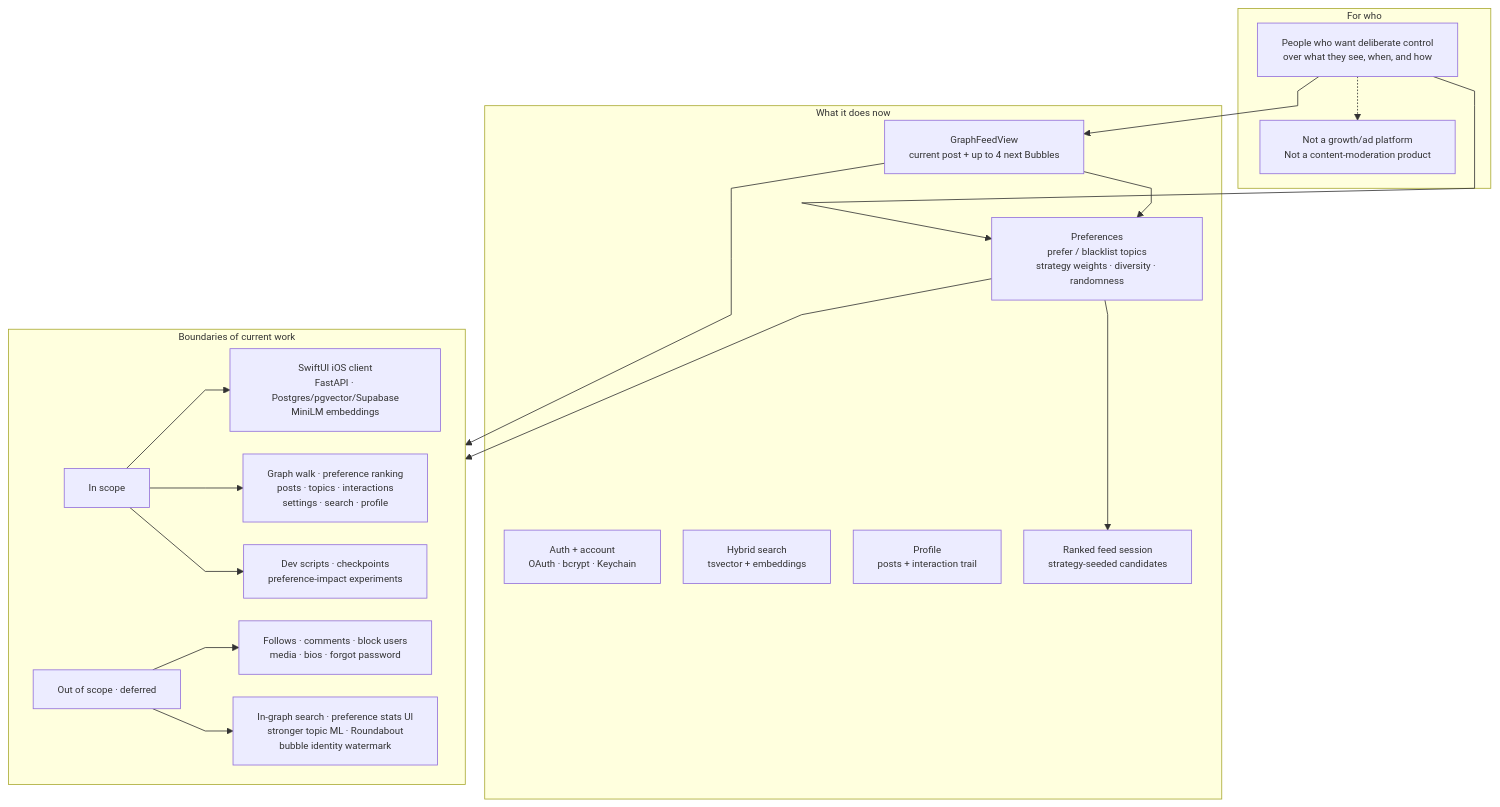
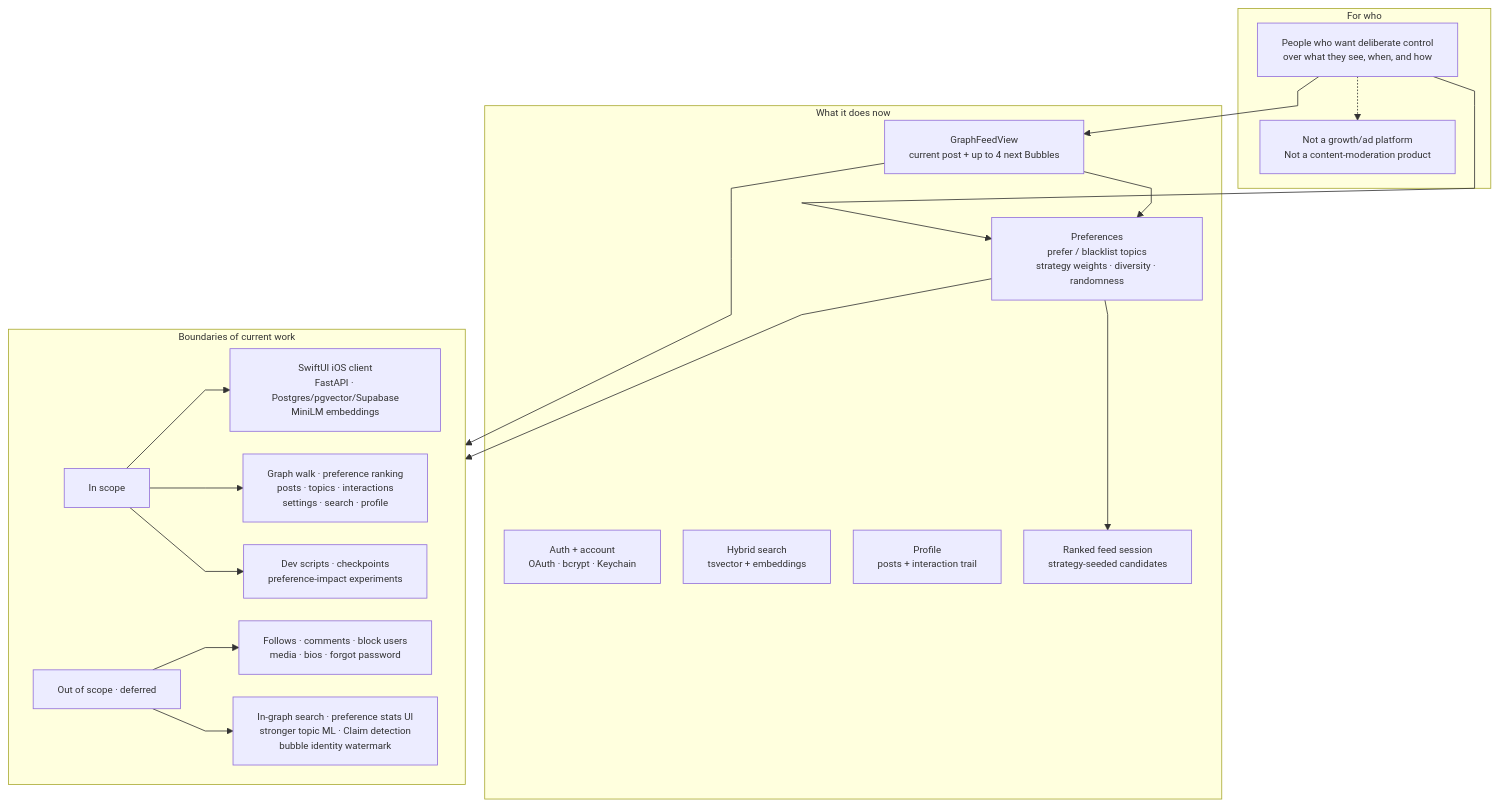
The diagram in docs/project_spec.md (RenkoTheBird/Bubbler), drawn with Mermaid before and after one commit. The commit also changed 12 other files, not shown here.

````diff
--- a/docs/project_spec.md
+++ b/docs/project_spec.md
@@ -5,37 +5,37 @@
 ```mermaid
 %%{init: {"flowchart": {"curve": "linear", "nodeSpacing": 28, "rankSpacing": 36}, "themeVariables": {"fontSize": "12px"}}}%%
 flowchart TB
     subgraph Who["For who"]
         User["People who want deliberate control<br/>over what they see, when, and how"]
         NotWho["Not a growth/ad platform<br/>Not a content-moderation product"]
         User -.-> NotWho
     end
 
     subgraph Does["What it does now"]
         Graph["GraphFeedView<br/>current post + up to 4 next Bubbles"]
         Prefs["Preferences<br/>prefer / blacklist topics<br/>strategy weights · diversity · randomness"]
         Auth["Auth + account<br/>OAuth · bcrypt · Keychain"]
         Search["Hybrid search<br/>tsvector + embeddings"]
         Profile["Profile<br/>posts + interaction trail"]
         Ranked["Ranked feed session<br/>strategy-seeded candidates"]
     end
 
     subgraph Bound["Boundaries of current work"]
         In["In scope"]
         Out["Out of scope · deferred"]
 
         In --> Stack["SwiftUI iOS client<br/>FastAPI · Postgres/pgvector/Supabase<br/>MiniLM embeddings"]
         In --> Core["Graph walk · preference ranking<br/>posts · topics · interactions<br/>settings · search · profile"]
         In --> Eval["Dev scripts · checkpoints<br/>preference-impact experiments"]
 
         Out --> Social["Follows · comments · block users<br/>media · bios · forgot password"]
-        Out --> Later["In-graph search · preference stats UI<br/>stronger topic ML · Roundabout<br/>bubble identity watermark"]
+        Out --> Later["In-graph search · preference stats UI<br/>stronger topic ML · Claim detection<br/>bubble identity watermark"]
     end
 
     User --> Graph
     User --> Prefs
     Graph --> Prefs
     Prefs --> Ranked
     Graph --> Bound
     Prefs --> Bound
 ```
````
